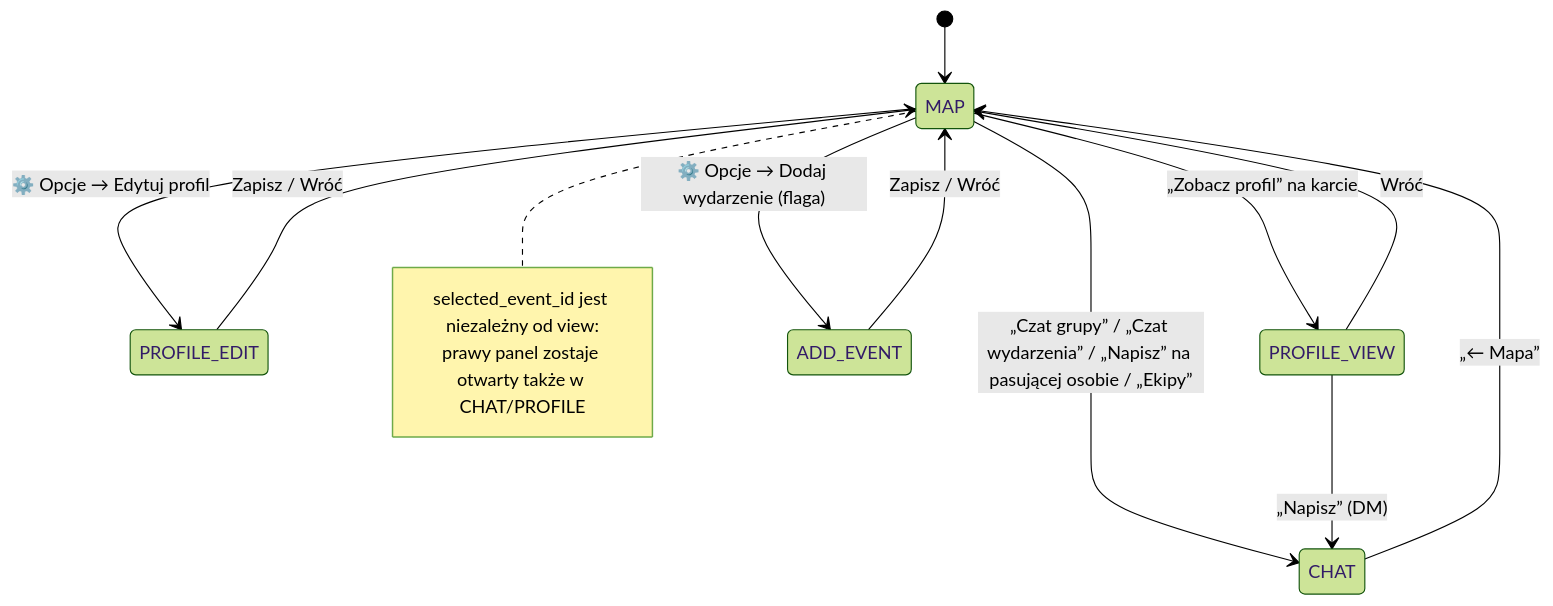
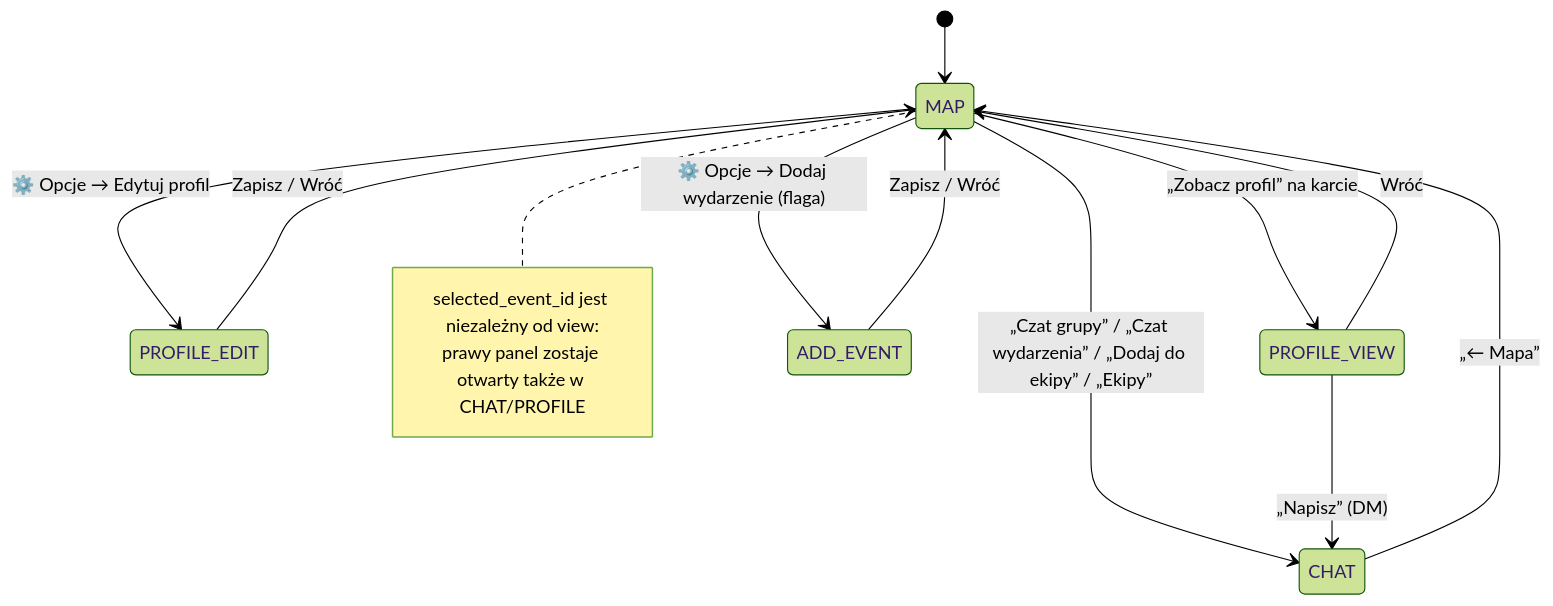
One commit to klonicaWeronika/HackYeah26_event_app changed the sixth of 8 diagrams in ARCHITECTURE.md. Above: the diagram before and after it, drawn with Mermaid (forest theme). The commit also changed other lines of this file and 6 other files, not shown here.

````diff
--- a/ARCHITECTURE.md
+++ b/ARCHITECTURE.md
@@ -245,17 +245,17 @@
 ```mermaid
 stateDiagram-v2
     [*] --> MAP
-    MAP --> CHAT: „Czat grupy” / „Czat wydarzenia” / „Napisz” na pasującej osobie / „Ekipy”
+    MAP --> CHAT: „Czat grupy” / „Czat wydarzenia” / „Dodaj do ekipy” / „Ekipy”
     CHAT --> MAP: „← Mapa”
     MAP --> PROFILE_EDIT: ⚙️ Opcje → Edytuj profil
     PROFILE_EDIT --> MAP: Zapisz / Wróć
     MAP --> PROFILE_VIEW: „Zobacz profil” na karcie
     PROFILE_VIEW --> MAP: Wróć
     PROFILE_VIEW --> CHAT: „Napisz” (DM)
     MAP --> ADD_EVENT: ⚙️ Opcje → Dodaj wydarzenie (flaga)
     ADD_EVENT --> MAP: Zapisz / Wróć
     note right of MAP
         selected_event_id jest niezależny od view:
         prawy panel zostaje otwarty także w CHAT/PROFILE
     end note
 ```
````
